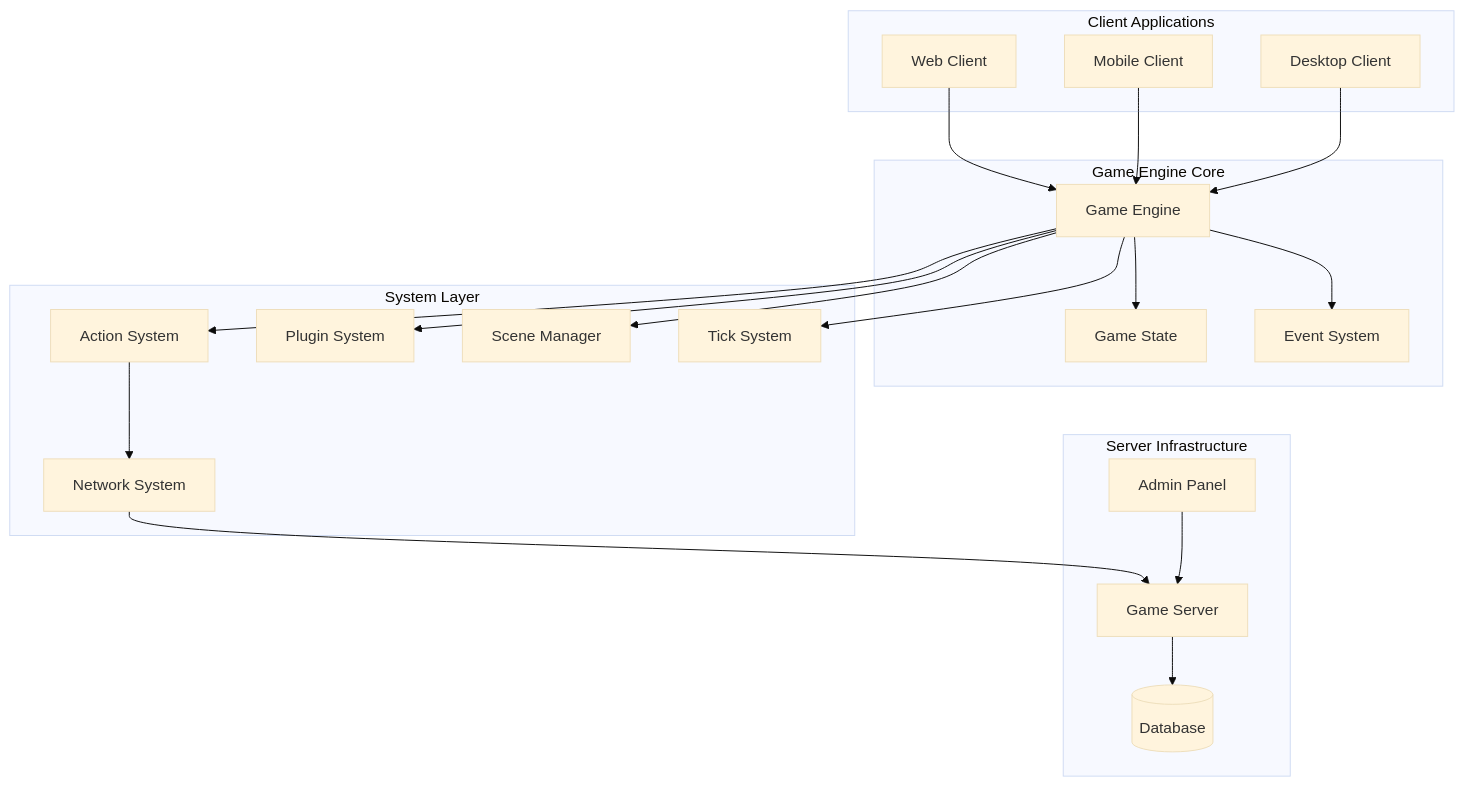
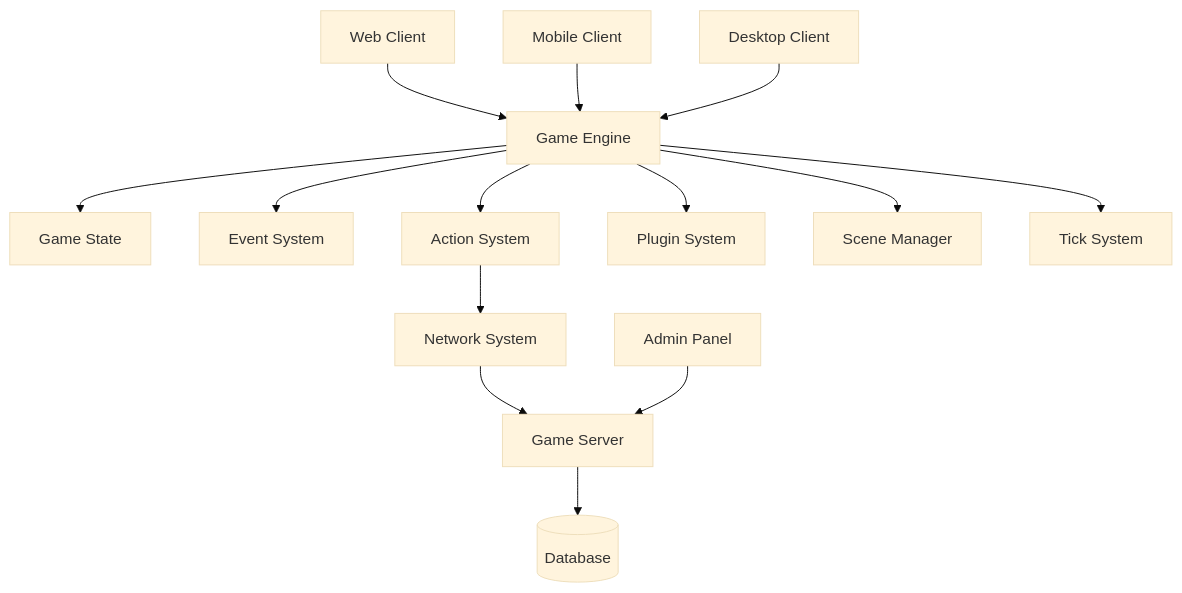
The first of 7 diagrams in docs/ENGINE_ARCHITECTURE.md (NowakAydm/GameBoilerplate), drawn with Mermaid (base theme) before and after one commit. The commit also changed other lines of this file and 1 other file, not shown here.

````diff
--- a/docs/ENGINE_ARCHITECTURE.md
+++ b/docs/ENGINE_ARCHITECTURE.md
@@ -11,44 +10,31 @@
 ```mermaid
-graph TB
-    subgraph "Client Applications"
-        WebClient[Web Client]
-        MobileClient[Mobile Client]
-        DesktopClient[Desktop Client]
-    end
-    
-    subgraph "Game Engine Core"
-        GameEngine[Game Engine]
-        GameState[Game State]
-        EventSystem[Event System]
-    end
-    
-    subgraph "System Layer"
-        ActionSystem[Action System]
-        PluginSystem[Plugin System]
-        SceneManager[Scene Manager]
-        TickSystem[Tick System]
-        NetworkSystem[Network System]
-    end
-    
-    subgraph "Server Infrastructure"
-        GameServer[Game Server]
-        Database[(Database)]
-        AdminPanel[Admin Panel]
-    end
-    
+graph TD
+    WebClient[Web Client]
+    MobileClient[Mobile Client]
+    DesktopClient[Desktop Client]
+    GameEngine[Game Engine]
+    GameState[Game State]
+    EventSystem[Event System]
+    ActionSystem[Action System]
+    PluginSystem[Plugin System]
+    SceneManager[Scene Manager]
+    TickSystem[Tick System]
+    NetworkSystem[Network System]
+    GameServer[Game Server]
+    Database[(Database)]
+    AdminPanel[Admin Panel]
+
     WebClient --> GameEngine
     MobileClient --> GameEngine
     DesktopClient --> GameEngine
-    
     GameEngine --> GameState
     GameEngine --> EventSystem
     GameEngine --> ActionSystem
     GameEngine --> PluginSystem
     GameEngine --> SceneManager
     GameEngine --> TickSystem
-    
     ActionSystem --> NetworkSystem
     NetworkSystem --> GameServer
     GameServer --> Database
     AdminPanel --> GameServer
 ```
````
